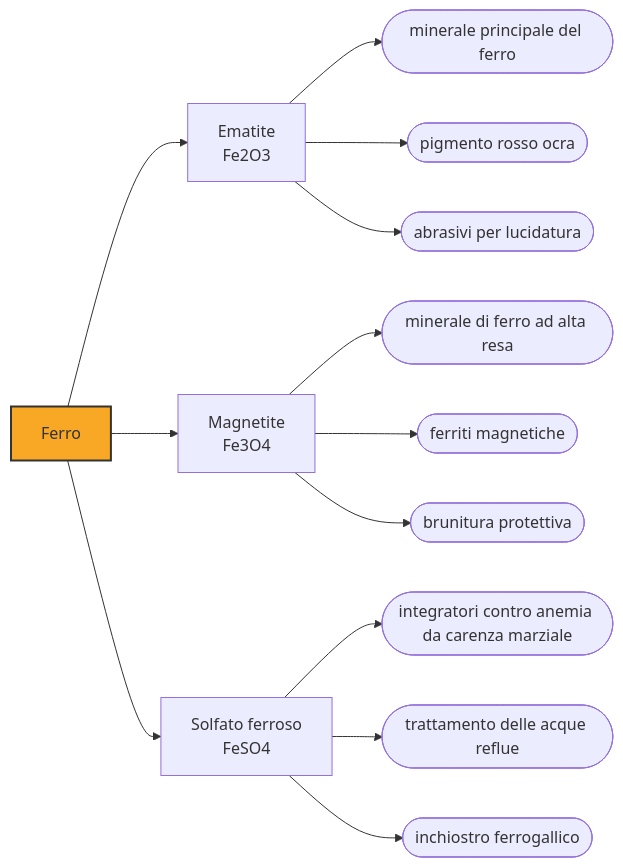
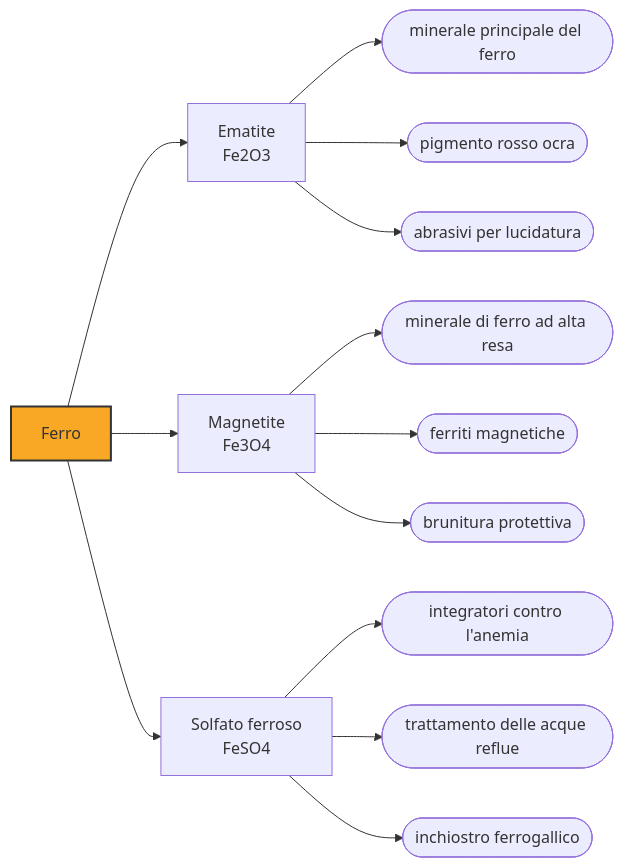
One commit to gianlucaciarcelluti/elements-caos changed the third of 3 diagrams in vault/Elementi/Ferro.md. Above: the diagram before and after it, drawn with Mermaid. The commit also changed other lines of this file and 16 other files, not shown here.

First line of the commit message:
fix: l'apostrofo resta nelle etichette Mermaid, e altre due correzioni di resa

````diff
--- a/vault/Elementi/Ferro.md
+++ b/vault/Elementi/Ferro.md
@@ -97,29 +97,29 @@
 ```mermaid
 flowchart LR
     E["Ferro"]
     C1["Ematite<br/>Fe2O3"]
     E --> C1
     U1(["minerale principale del ferro"])
     C1 --> U1
     U2(["pigmento rosso ocra"])
     C1 --> U2
     U3(["abrasivi per lucidatura"])
     C1 --> U3
     C2["Magnetite<br/>Fe3O4"]
     E --> C2
     U4(["minerale di ferro ad alta resa"])
     C2 --> U4
     U5(["ferriti magnetiche"])
     C2 --> U5
     U6(["brunitura protettiva"])
     C2 --> U6
     C3["Solfato ferroso<br/>FeSO4"]
     E --> C3
-    U7(["integratori contro anemia da carenza marziale"])
+    U7(["integratori contro l'anemia"])
     C3 --> U7
     U8(["trattamento delle acque reflue"])
     C3 --> U8
     U9(["inchiostro ferrogallico"])
     C3 --> U9
     style E fill:#f9a825,stroke:#333,stroke-width:2px
 ```
````
